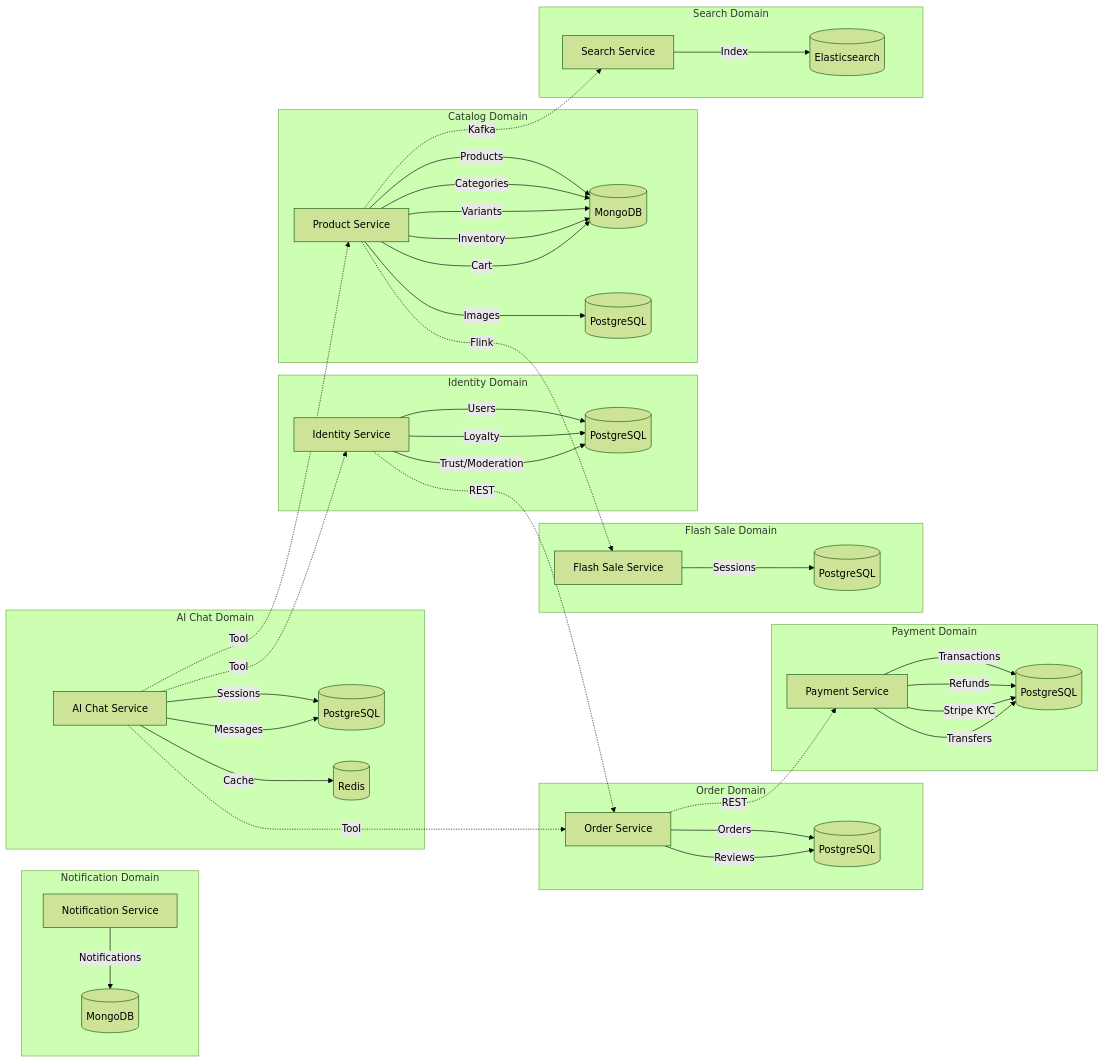
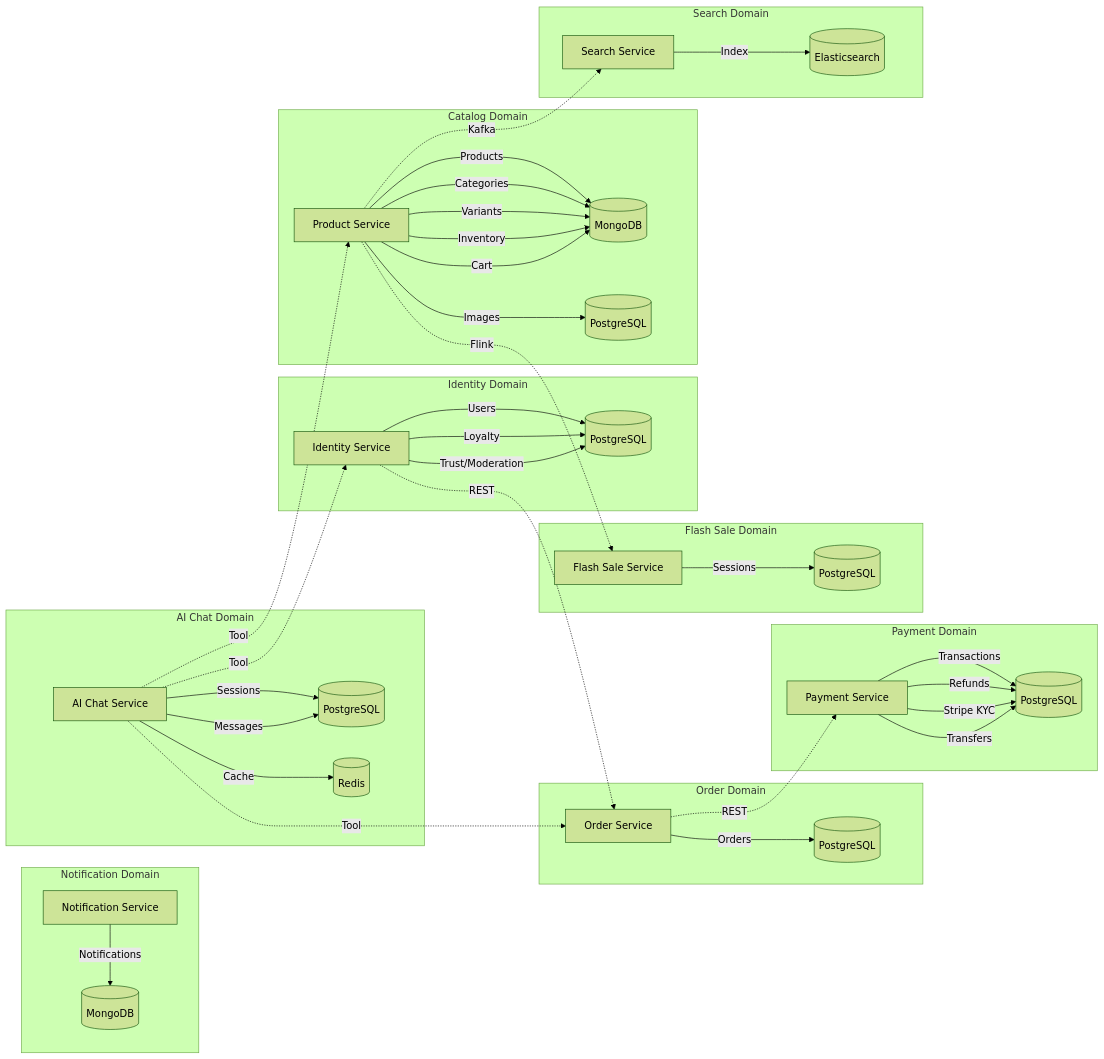
The fourth of 4 diagrams in docs/diagrams/00_service_architecture.md (ldqanh1408/stealing-from-paradise), drawn with Mermaid (forest theme) before and after one commit. The commit also changed other lines of this file and 35 other files, not shown here.

Commit message:
refactor: remove reviews and related media from database schema and documentation

````diff
--- a/docs/diagrams/00_service_architecture.md
+++ b/docs/diagrams/00_service_architecture.md
@@ -194,63 +194,62 @@
 ```mermaid
 flowchart LR
     subgraph "Identity Domain"
         IS[Identity Service]
         IS -->|Users| PG1[(PostgreSQL)]
         IS -->|Loyalty| PG1
         IS -->|Trust/Moderation| PG1
     end
 
     subgraph "Catalog Domain"
         PS[Product Service]
         PS -->|Products| MG1[(MongoDB)]
         PS -->|Categories| MG1
         PS -->|Variants| MG1
         PS -->|Inventory| MG1
         PS -->|Cart| MG1
         PS -->|Images| PG2[(PostgreSQL)]
     end
 
     subgraph "Order Domain"
         OS[Order Service]
         OS -->|Orders| PG3[(PostgreSQL)]
-        OS -->|Reviews| PG3
     end
 
     subgraph "Payment Domain"
         PM[Payment Service]
         PM -->|Transactions| PG4[(PostgreSQL)]
         PM -->|Refunds| PG4
         PM -->|Stripe KYC| PG4
         PM -->|Transfers| PG4
     end
 
     subgraph "Flash Sale Domain"
         FS[Flash Sale Service]
         FS -->|Sessions| PG5[(PostgreSQL)]
     end
 
     subgraph "Search Domain"
         SS[Search Service]
         SS -->|Index| ES[(Elasticsearch)]
     end
 
     subgraph "Notification Domain"
         NS[Notification Service]
         NS -->|Notifications| MG2[(MongoDB)]
     end
 
     subgraph "AI Chat Domain"
         AI[AI Chat Service]
         AI -->|Sessions| PG6[(PostgreSQL)]
         AI -->|Messages| PG6
         AI -->|Cache| RS[(Redis)]
     end
 
     IS -.->|REST| OS
     OS -.->|REST| PM
     PS -.->|Kafka| SS
     PS -.->|Flink| FS
     AI -.->|Tool| OS
     AI -.->|Tool| PS
     AI -.->|Tool| IS
 ```
````
